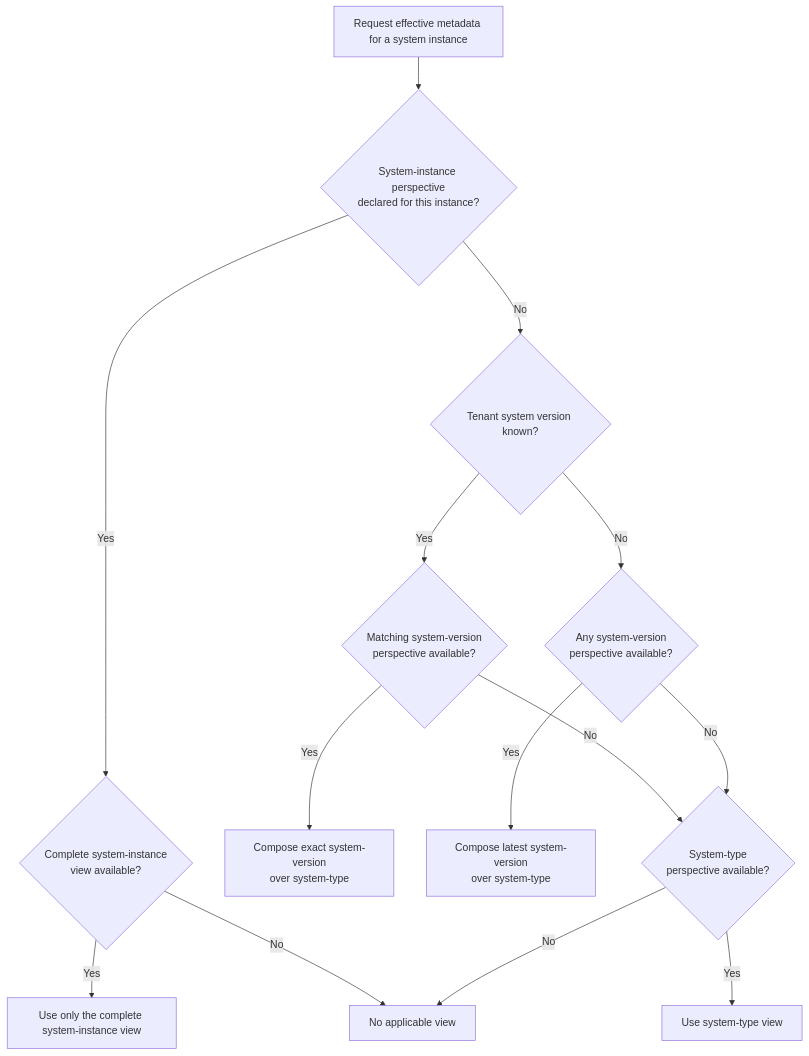
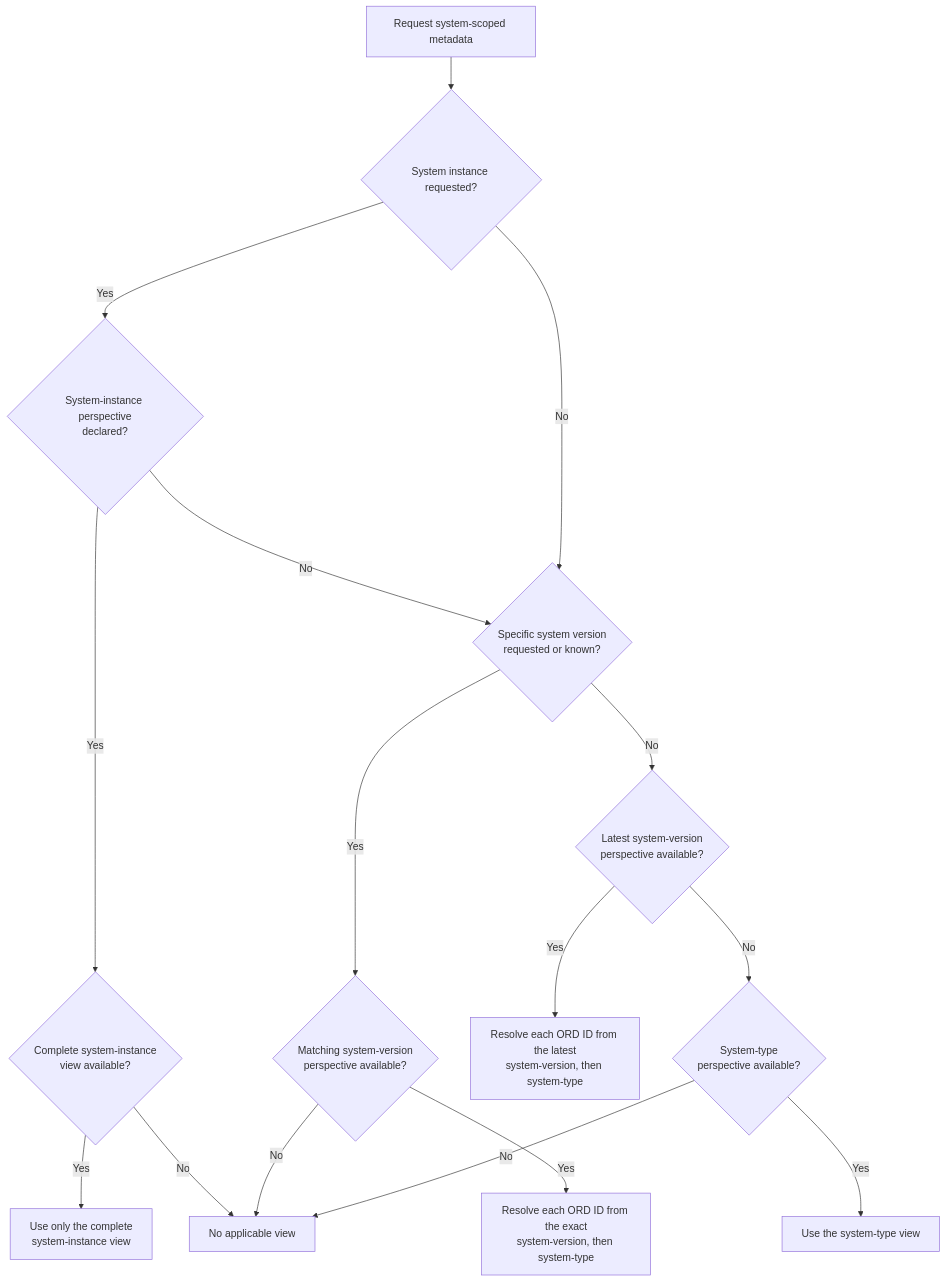
One commit to open-resource-discovery/specification changed the diagram in docs/spec-v1/concepts/perspectives.md. Above: the diagram before and after it, drawn with Mermaid. The commit also changed other lines of this file and 3 other files, not shown here.

Commit message:
Clarify effective perspective resolution

````diff
--- a/docs/spec-v1/concepts/perspectives.md
+++ b/docs/spec-v1/concepts/perspectives.md
@@ -128,29 +96,32 @@
 ```mermaid
 flowchart TD
-    Request[Request effective metadata for a system instance]
-    Instance{System-instance perspective<br/>declared for this instance?}
+    Request[Request system-scoped metadata]
+    Instance{System instance requested?}
+    InstanceDeclared{System-instance perspective<br/>declared?}
     InstanceAvailable{Complete system-instance<br/>view available?}
-    UseInstance[Use only the complete system-instance view]
-    VersionKnown{Tenant system version known?}
+    UseInstance[Use only the complete<br/>system-instance view]
+    VersionKnown{Specific system version<br/>requested or known?}
     ExactVersion{Matching system-version<br/>perspective available?}
-    ComposeExact[Compose exact system-version<br/>over system-type]
-    LatestVersion{Any system-version<br/>perspective available?}
-    ComposeLatest[Compose latest system-version<br/>over system-type]
+    ResolveVersion[Resolve each ORD ID from the exact<br/>system-version, then system-type]
+    LatestVersion{Latest system-version<br/>perspective available?}
+    ResolveLatest[Resolve each ORD ID from the latest<br/>system-version, then system-type]
     TypeAvailable{System-type<br/>perspective available?}
-    UseType[Use system-type view]
+    UseType[Use the system-type view]
     Unavailable[No applicable view]
 
     Request --> Instance
-    Instance -- Yes --> InstanceAvailable
+    Instance -- Yes --> InstanceDeclared
+    InstanceDeclared -- Yes --> InstanceAvailable
     InstanceAvailable -- Yes --> UseInstance
     InstanceAvailable -- No --> Unavailable
+    InstanceDeclared -- No --> VersionKnown
     Instance -- No --> VersionKnown
     VersionKnown -- Yes --> ExactVersion
-    ExactVersion -- Yes --> ComposeExact
-    ExactVersion -- No --> TypeAvailable
+    ExactVersion -- Yes --> ResolveVersion
+    ExactVersion -- No --> Unavailable
     VersionKnown -- No --> LatestVersion
-    LatestVersion -- Yes --> ComposeLatest
+    LatestVersion -- Yes --> ResolveLatest
     LatestVersion -- No --> TypeAvailable
     TypeAvailable -- Yes --> UseType
     TypeAvailable -- No --> Unavailable
 ```
````
